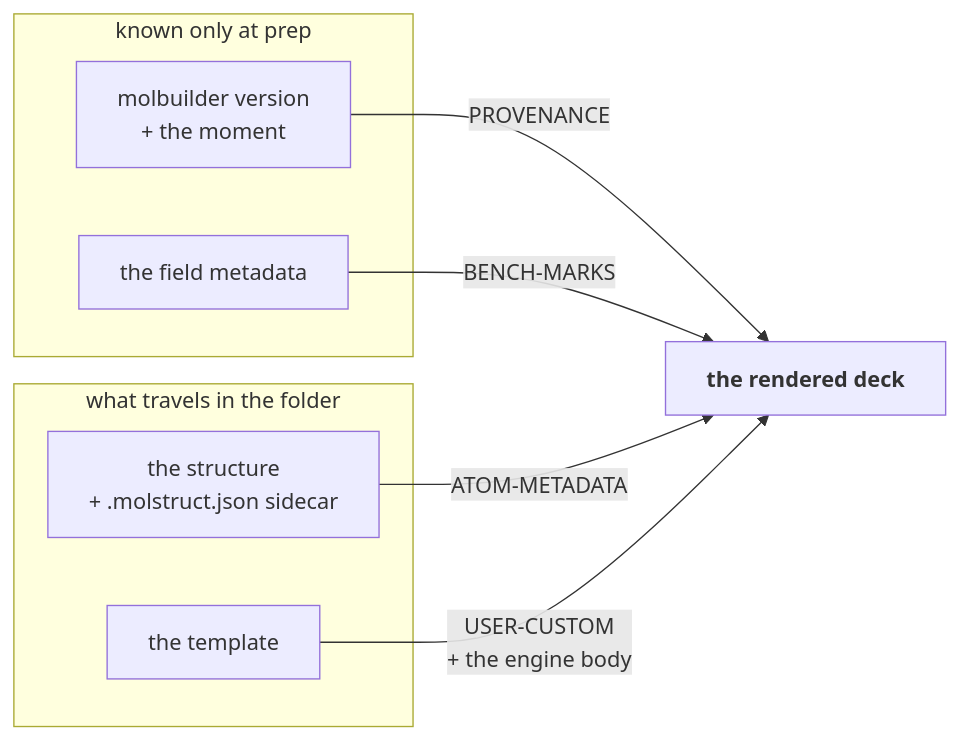
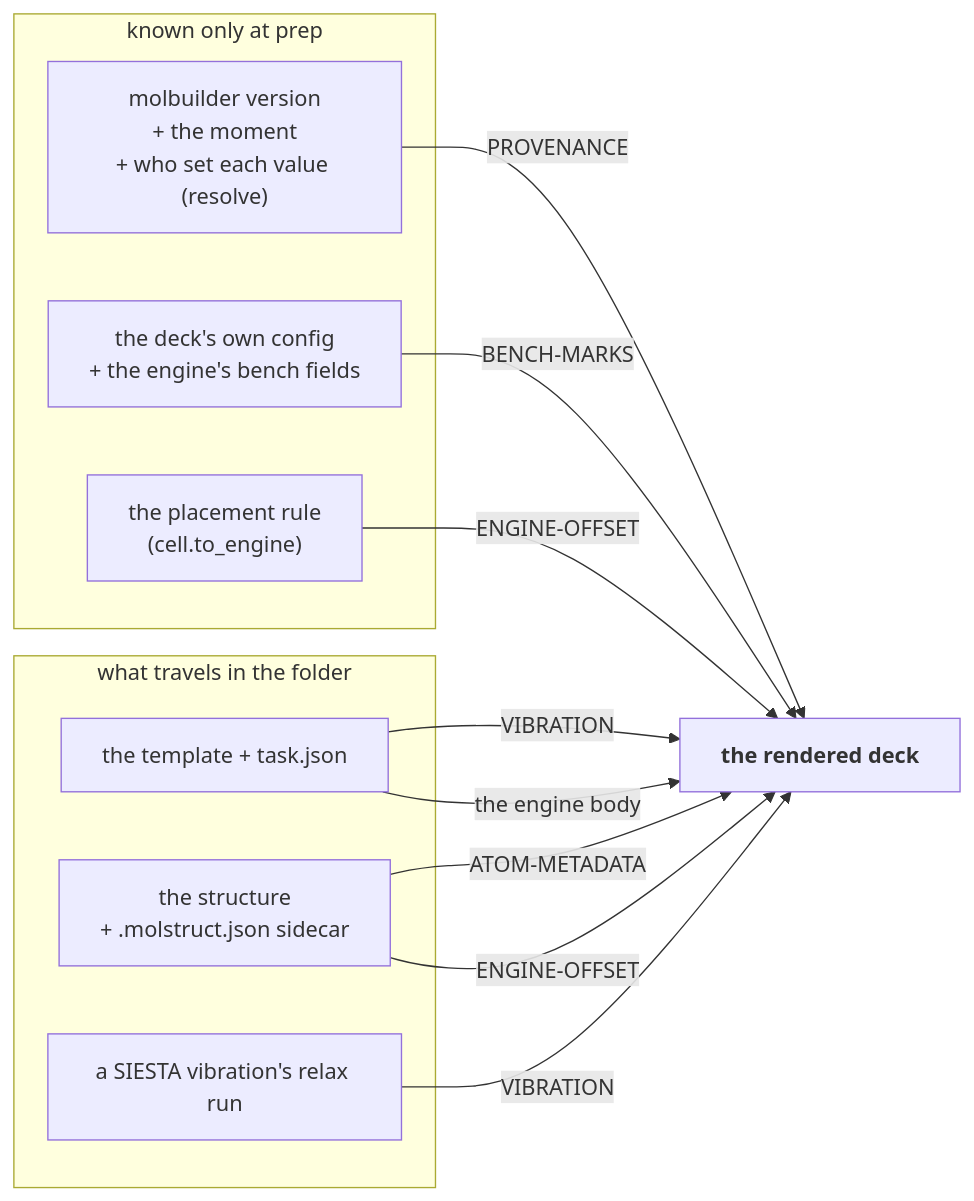
Before and after one commit to Qing-LAB/molbuilder: the fourth of 8 diagrams in docs/engines/template.md, drawn with Mermaid. The commit also changed other lines of this file and 54 other files, not shown here.

````diff
--- a/docs/engines/template.md
+++ b/docs/engines/template.md
@@ -2166,16 +2147,22 @@
 ```mermaid
 flowchart LR
     subgraph SRC["what travels in the folder"]
-      TPL["the template"]
+      TPL["the template + task.json"]
       STR["the structure<br/>+ .molstruct.json sidecar"]
+      RLX["a SIESTA vibration's relax run"]
     end
     subgraph GEN["known only at prep"]
-      VER["molbuilder version<br/>+ the moment"]
-      META["the field metadata"]
+      VER["molbuilder version<br/>+ the moment<br/>+ who set each value (resolve)"]
+      META["the deck's own config<br/>+ the engine's bench fields"]
+      PLC["the placement rule<br/>(cell.to_engine)"]
     end
     DECK["<b>the rendered deck</b>"]
     VER -->|PROVENANCE| DECK
     META -->|BENCH-MARKS| DECK
     STR -->|ATOM-METADATA| DECK
-    TPL -->|"USER-CUSTOM<br/>+ the engine body"| DECK
+    STR -->|ENGINE-OFFSET| DECK
+    PLC -->|ENGINE-OFFSET| DECK
+    TPL -->|VIBRATION| DECK
+    RLX -->|VIBRATION| DECK
+    TPL -->|"the engine body"| DECK
 ```
````
